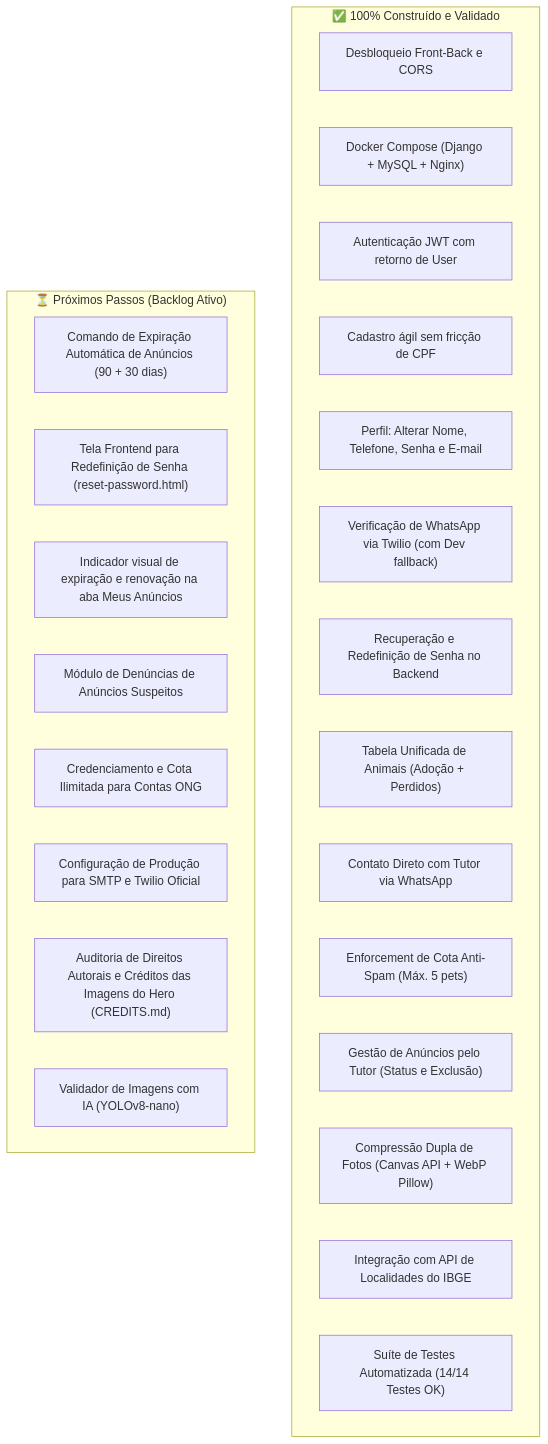
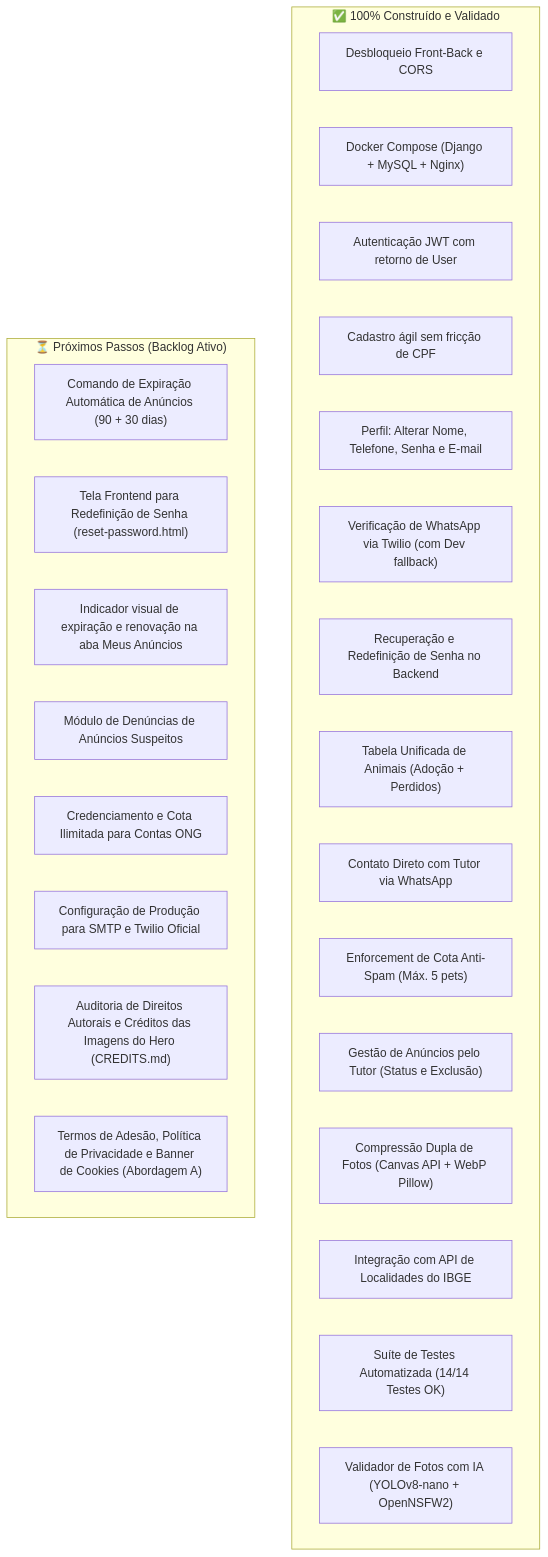
One commit to CristianDiniz/Best_Buddy changed the diagram in vault/05 - Tarefas e Roadmap/00 - MOC Tarefas e Roadmap.md. Above: the diagram before and after it, drawn with Mermaid. The commit also changed other lines of this file and 4 other files, not shown here.

Commit message:
docs(vault): especificar politica de privacidade, termos de adesao, cookies e modais

````diff
--- a/vault/05 - Tarefas e Roadmap/00 - MOC Tarefas e Roadmap.md
+++ b/vault/05 - Tarefas e Roadmap/00 - MOC Tarefas e Roadmap.md
@@ -38,30 +39,31 @@
 ```mermaid
 graph TD
     subgraph CONCLUIDO ["✅ 100% Construído e Validado"]
         C1["Desbloqueio Front-Back e CORS"]
         C2["Docker Compose (Django + MySQL + Nginx)"]
         C3["Autenticação JWT com retorno de User"]
         C4["Cadastro ágil sem fricção de CPF"]
         C5["Perfil: Alterar Nome, Telefone, Senha e E-mail"]
         C6["Verificação de WhatsApp via Twilio (com Dev fallback)"]
         C7["Recuperação e Redefinição de Senha no Backend"]
         C8["Tabela Unificada de Animais (Adoção + Perdidos)"]
         C9["Contato Direto com Tutor via WhatsApp"]
         C10["Enforcement de Cota Anti-Spam (Máx. 5 pets)"]
         C11["Gestão de Anúncios pelo Tutor (Status e Exclusão)"]
         C12["Compressão Dupla de Fotos (Canvas API + WebP Pillow)"]
         C13["Integração com API de Localidades do IBGE"]
         C14["Suíte de Testes Automatizada (14/14 Testes OK)"]
+        C15["Validador de Fotos com IA (YOLOv8-nano + OpenNSFW2)"]
     end
 
     subgraph PENDENTE ["⏳ Próximos Passos (Backlog Ativo)"]
         P1["Comando de Expiração Automática de Anúncios (90 + 30 dias)"]
         P2["Tela Frontend para Redefinição de Senha (reset-password.html)"]
         P3["Indicador visual de expiração e renovação na aba Meus Anúncios"]
         P4["Módulo de Denúncias de Anúncios Suspeitos"]
         P5["Credenciamento e Cota Ilimitada para Contas ONG"]
         P6["Configuração de Produção para SMTP e Twilio Oficial"]
         P7["Auditoria de Direitos Autorais e Créditos das Imagens do Hero (CREDITS.md)"]
-        P8["Validador de Imagens com IA (YOLOv8-nano)"]
+        P8["Termos de Adesão, Política de Privacidade e Banner de Cookies (Abordagem A)"]
     end
 ```
````
